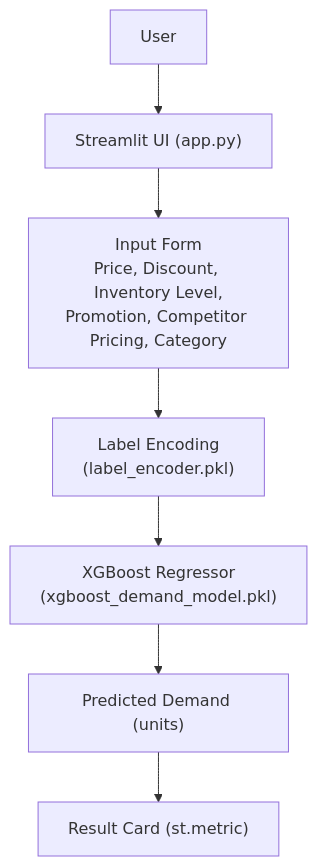
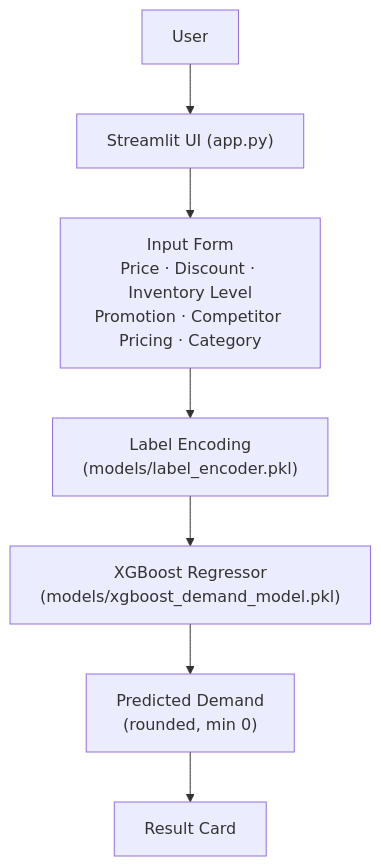
Before and after one commit to harshantla-cloud/DEMAND-FORECASTING-SYSTEM: the first of 3 diagrams in README.md, drawn with Mermaid. The commit also changed other lines of this file, not shown here.

````diff
--- a/README.md
+++ b/README.md
@@ -63,9 +74,9 @@
 ```mermaid
 flowchart TD
     A[User] --> B["Streamlit UI (app.py)"]
-    B --> C["Input Form<br/>Price, Discount, Inventory Level,<br/>Promotion, Competitor Pricing, Category"]
-    C --> D["Label Encoding<br/>(label_encoder.pkl)"]
-    D --> E["XGBoost Regressor<br/>(xgboost_demand_model.pkl)"]
-    E --> F["Predicted Demand (units)"]
-    F --> G["Result Card (st.metric)"]
+    B --> C["Input Form<br/>Price · Discount · Inventory Level<br/>Promotion · Competitor Pricing · Category"]
+    C --> D["Label Encoding<br/>(models/label_encoder.pkl)"]
+    D --> E["XGBoost Regressor<br/>(models/xgboost_demand_model.pkl)"]
+    E --> F["Predicted Demand<br/>(rounded, min 0)"]
+    F --> G["Result Card"]
 ```
````
